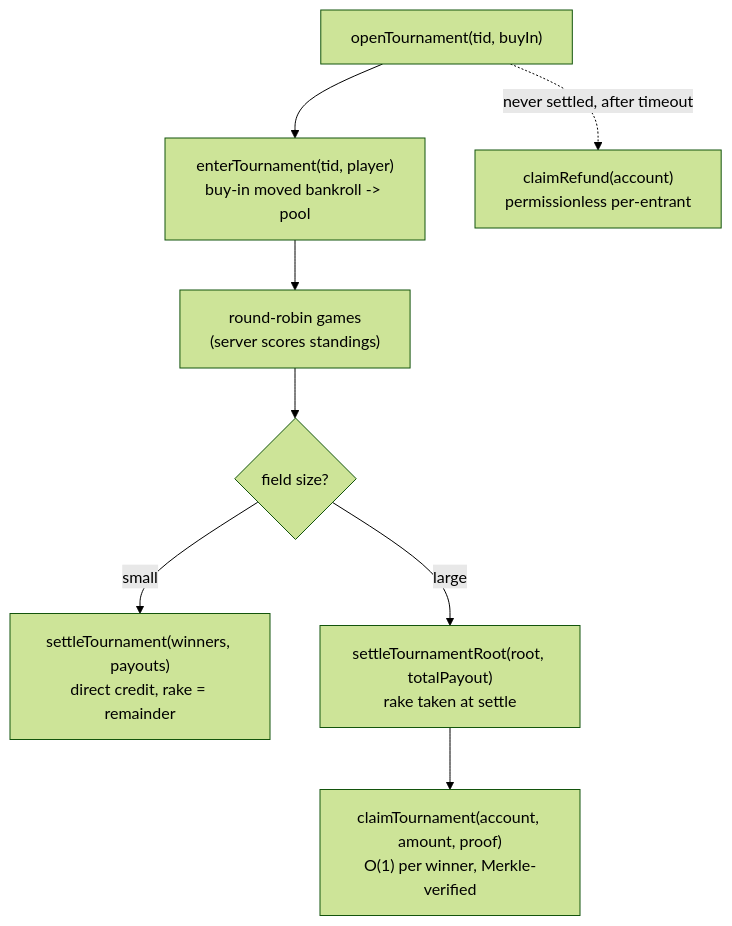
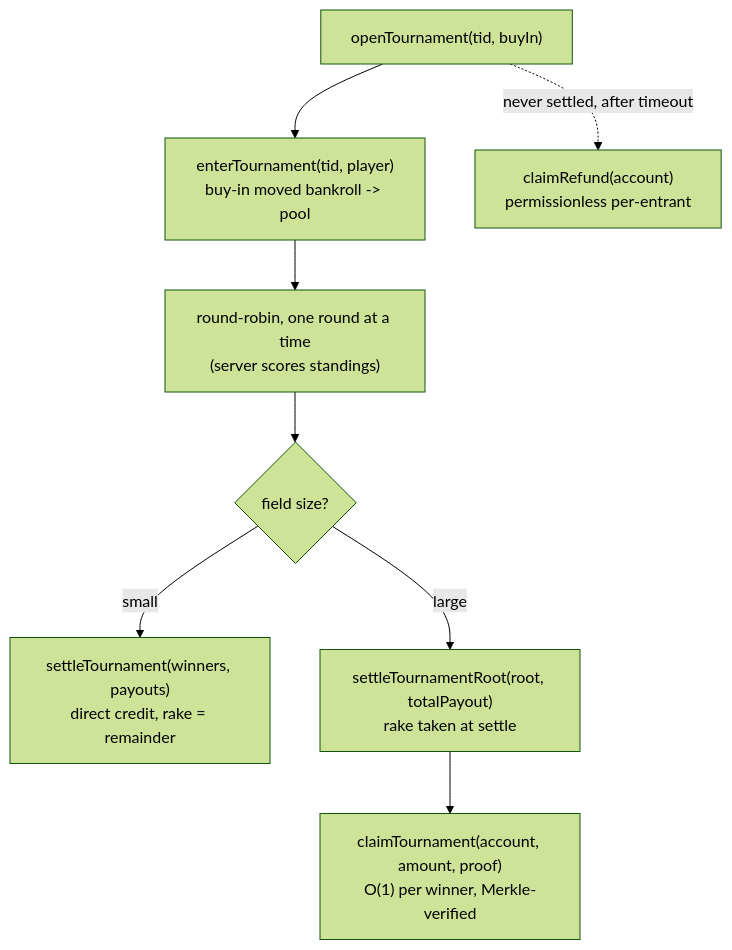
Before and after one commit to vikramarun/openchess: the fourth of 5 diagrams in ARCHITECTURE.md, drawn with Mermaid (forest theme). The commit also changed other lines of this file and 3 other files, not shown here.

````diff
--- a/ARCHITECTURE.md
+++ b/ARCHITECTURE.md
@@ -135,10 +147,10 @@
 ```mermaid
 flowchart TB
   OPEN["openTournament(tid, buyIn)"] --> ENTER["enterTournament(tid, player)\nbuy-in moved bankroll -> pool"]
-  ENTER --> RUN["round-robin games\n(server scores standings)"]
+  ENTER --> RUN["round-robin, one round at a time\n(server scores standings)"]
   RUN --> DONE{field size?}
   DONE -->|small| DIRECT["settleTournament(winners, payouts)\ndirect credit, rake = remainder"]
   DONE -->|large| ROOT["settleTournamentRoot(root, totalPayout)\nrake taken at settle"]
   ROOT --> CLAIM["claimTournament(account, amount, proof)\nO(1) per winner, Merkle-verified"]
   OPEN -.->|never settled, after timeout| REFUND["claimRefund(account)\npermissionless per-entrant"]
 ```
````
